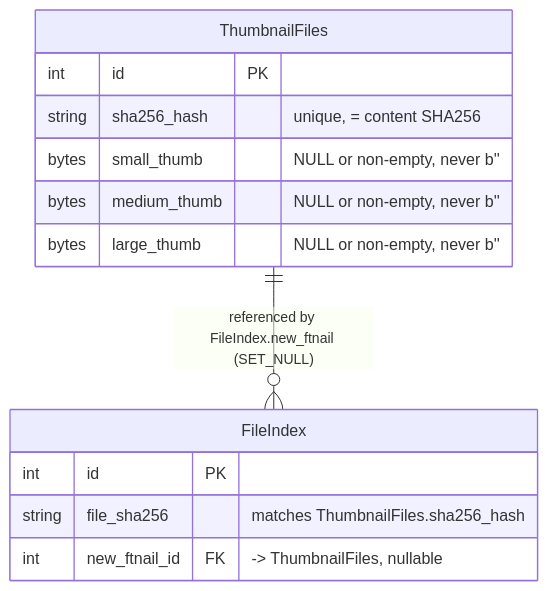
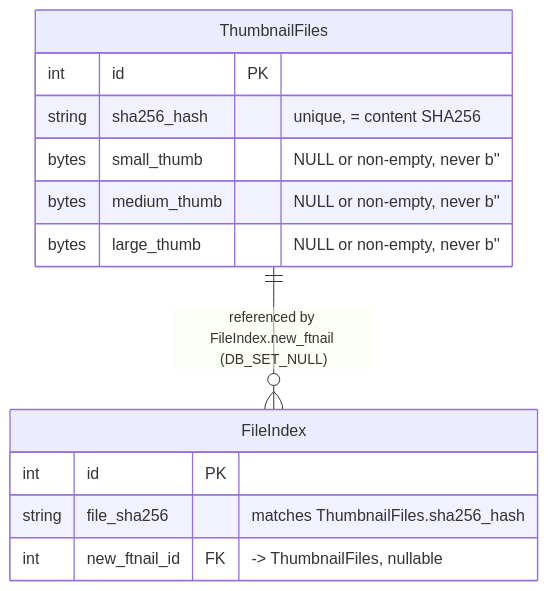
Before and after one commit to bschollnick/QuickBBS: the diagram in docs/design documents/thumbnails_erd.md, drawn with Mermaid. The commit also changed other lines of this file and 99 other files, not shown here.

````diff
--- a/docs/design documents/thumbnails_erd.md
+++ b/docs/design documents/thumbnails_erd.md
@@ -20,18 +23,18 @@
 ```mermaid
 erDiagram
-    ThumbnailFiles ||--o{ FileIndex : "referenced by FileIndex.new_ftnail (SET_NULL)"
+    ThumbnailFiles ||--o{ FileIndex : "referenced by FileIndex.new_ftnail (DB_SET_NULL)"
 
     ThumbnailFiles {
         int id PK
         string sha256_hash "unique, = content SHA256"
         bytes small_thumb "NULL or non-empty, never b''"
         bytes medium_thumb "NULL or non-empty, never b''"
         bytes large_thumb "NULL or non-empty, never b''"
     }
 
     FileIndex {
         int id PK
         string file_sha256 "matches ThumbnailFiles.sha256_hash"
         int new_ftnail_id FK "-> ThumbnailFiles, nullable"
     }
 ```
````
